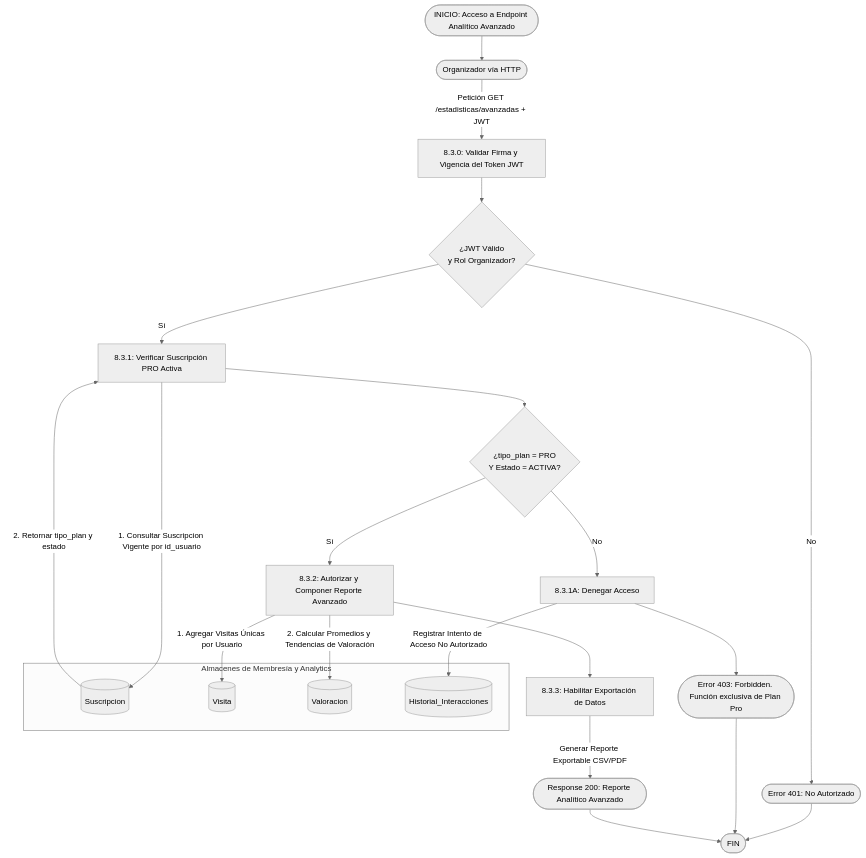
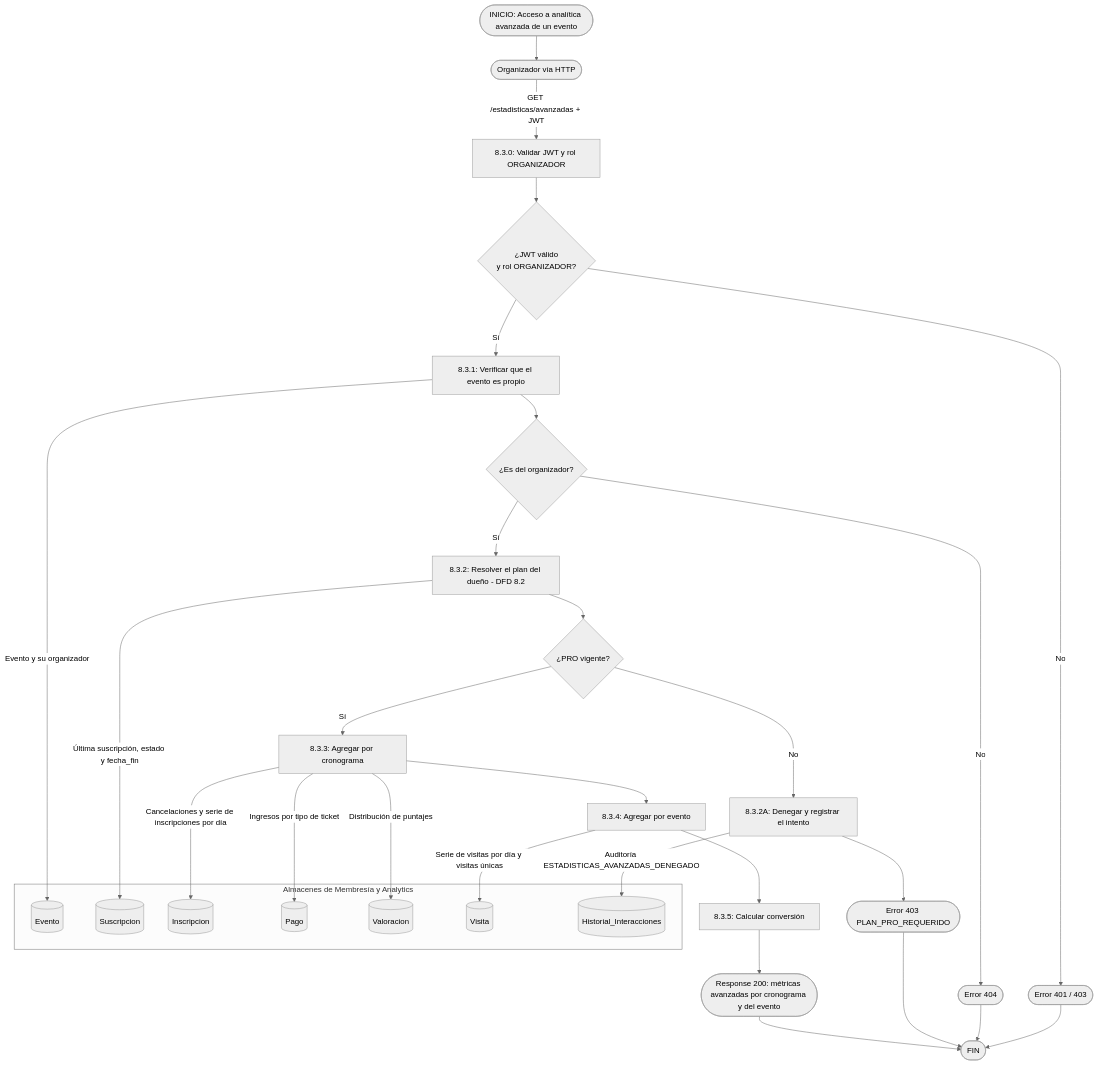
The diagram in docs/tempDFD/modulo_8_membresias/8.3_restriccion_features_pro.md (dev-gastong/Enexia), drawn with Mermaid (neutral theme) before and after one commit. The commit also changed other lines of this file and 37 other files, not shown here.

First line of the commit message:
Desbloqueo solo por admin, sin tope de eventos y DFD pendientes en tempDFD

````diff
--- a/docs/tempDFD/modulo_8_membresias/8.3_restriccion_features_pro.md
+++ b/docs/tempDFD/modulo_8_membresias/8.3_restriccion_features_pro.md
@@ -1,41 +32,43 @@
 ```mermaid
 graph TD
-    %% Punto de Inicio Único
-    INICIO([INICIO: Acceso a Endpoint Analítico Avanzado]) --> Org([Organizador vía HTTP])
-    Org -->|Petición GET /estadisticas/avanzadas + JWT| P8_3_0[8.3.0: Validar Firma y Vigencia del Token JWT]
+    INICIO([INICIO: Acceso a analítica avanzada de un evento]) --> Org([Organizador vía HTTP])
+    Org -->|GET /estadisticas/avanzadas + JWT| P8_3_0[8.3.0: Validar JWT y rol ORGANIZADOR]
 
-    %% Almacenes de Datos
     subgraph Almacenes de Membresía y Analytics
+        D10_Ev[(Evento)]
         D20_Sus[(Suscripcion)]
+        D13_Ins[(Inscripcion)]
+        D18_Pago[(Pago)]
+        D16_Val[(Valoracion)]
         D5_Vis[(Visita)]
-        D16_Val[(Valoracion)]
         D6_Logs[(Historial_Interacciones)]
     end
 
-    %% 0. AUTENTICACIÓN Y RBAC
-    P8_3_0 --> C_Token{¿JWT Válido<br>y Rol Organizador?}
-    C_Token -->|No| Err_Auth([Error 401: No Autorizado])
-    C_Token -->|Sí| P8_3_1[8.3.1: Verificar Suscripción PRO Activa]
+    P8_3_0 --> C_Token{¿JWT válido<br>y rol ORGANIZADOR?}
+    C_Token -->|No| Err_Auth([Error 401 / 403])
+    C_Token -->|Sí| P8_3_1[8.3.1: Verificar que el evento es propio]
+    P8_3_1 -->|Evento y su organizador| D10_Ev
+    P8_3_1 --> C_Dueno{¿Es del organizador?}
+    C_Dueno -->|No| Err_404([Error 404])
+    C_Dueno -->|Sí| P8_3_2[8.3.2: Resolver el plan del dueño - DFD 8.2]
 
-    %% 1. VALIDACIÓN DE MEMBRESÍA (INDEPENDIENTE DE CLAIM EN JWT)
-    P8_3_1 -->|1. Consultar Suscripcion Vigente por id_usuario| D20_Sus
-    D20_Sus -->|2. Retornar tipo_plan y estado| P8_3_1
-    P8_3_1 --> C_EsPro{¿tipo_plan = PRO<br>Y Estado = ACTIVA?}
+    P8_3_2 -->|Última suscripción, estado y fecha_fin| D20_Sus
+    P8_3_2 --> C_Pro{¿PRO vigente?}
+    C_Pro -->|No| P8_3_2A[8.3.2A: Denegar y registrar el intento]
+    P8_3_2A -->|Auditoría ESTADISTICAS_AVANZADAS_DENEGADO| D6_Logs
+    P8_3_2A --> Err_403([Error 403 PLAN_PRO_REQUERIDO])
 
-    %% CAMINO A: ACCESO DENEGADO (PLAN FREE)
-    C_EsPro -->|No| P8_3_1A[8.3.1A: Denegar Acceso]
-    P8_3_1A -->|Registrar Intento de Acceso No Autorizado| D6_Logs
-    P8_3_1A --> Err_403([Error 403: Forbidden. Función exclusiva de Plan Pro])
+    C_Pro -->|Sí| P8_3_3[8.3.3: Agregar por cronograma]
+    P8_3_3 -->|Distribución de puntajes| D16_Val
+    P8_3_3 -->|Cancelaciones y serie de inscripciones por día| D13_Ins
+    P8_3_3 -->|Ingresos por tipo de ticket| D18_Pago
+    P8_3_3 --> P8_3_4[8.3.4: Agregar por evento]
+    P8_3_4 -->|Serie de visitas por día y visitas únicas| D5_Vis
+    P8_3_4 --> P8_3_5[8.3.5: Calcular conversión]
+    P8_3_5 --> Ok([Response 200: métricas avanzadas por cronograma y del evento])
 
-    %% CAMINO B: ACCESO AUTORIZADO (PLAN PRO)
-    C_EsPro -->|Sí| P8_3_2[8.3.2: Autorizar y Componer Reporte Avanzado]
-    P8_3_2 -->|1. Agregar Visitas Únicas por Usuario| D5_Vis
-    P8_3_2 -->|2. Calcular Promedios y Tendencias de Valoración| D16_Val
-    P8_3_2 --> P8_3_3[8.3.3: Habilitar Exportación de Datos]
-    P8_3_3 -->|Generar Reporte Exportable CSV/PDF| Success_Reporte([Response 200: Reporte Analítico Avanzado])
-
-    %% Unificación de Salidas (Punto de Fin Único)
     Err_Auth --> FIN([FIN])
+    Err_404 --> FIN
     Err_403 --> FIN
-    Success_Reporte --> FIN
+    Ok --> FIN
 ```
````
